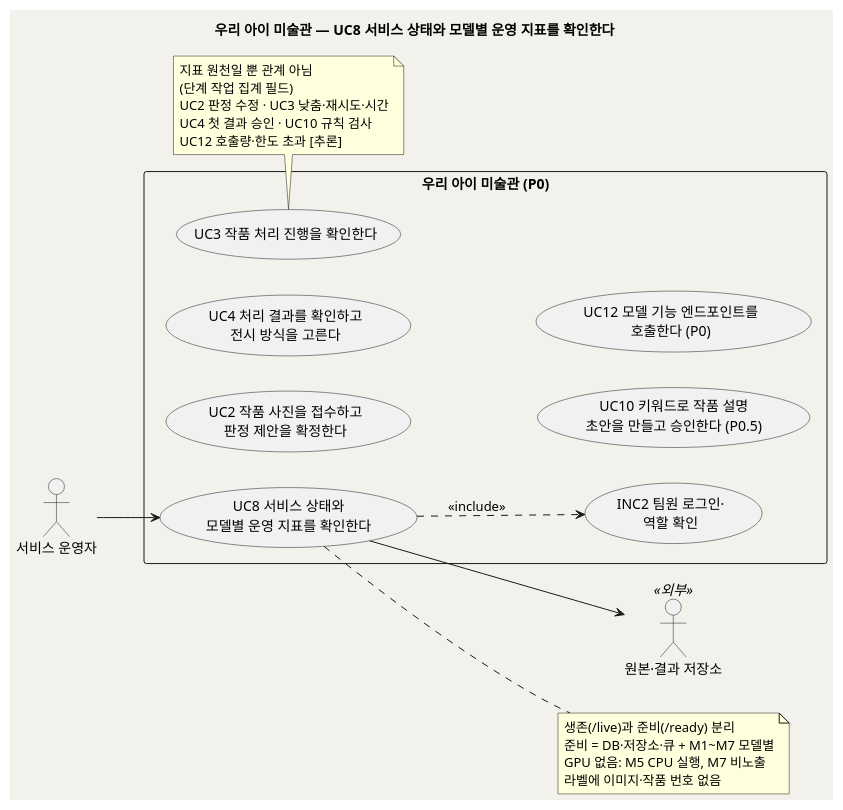
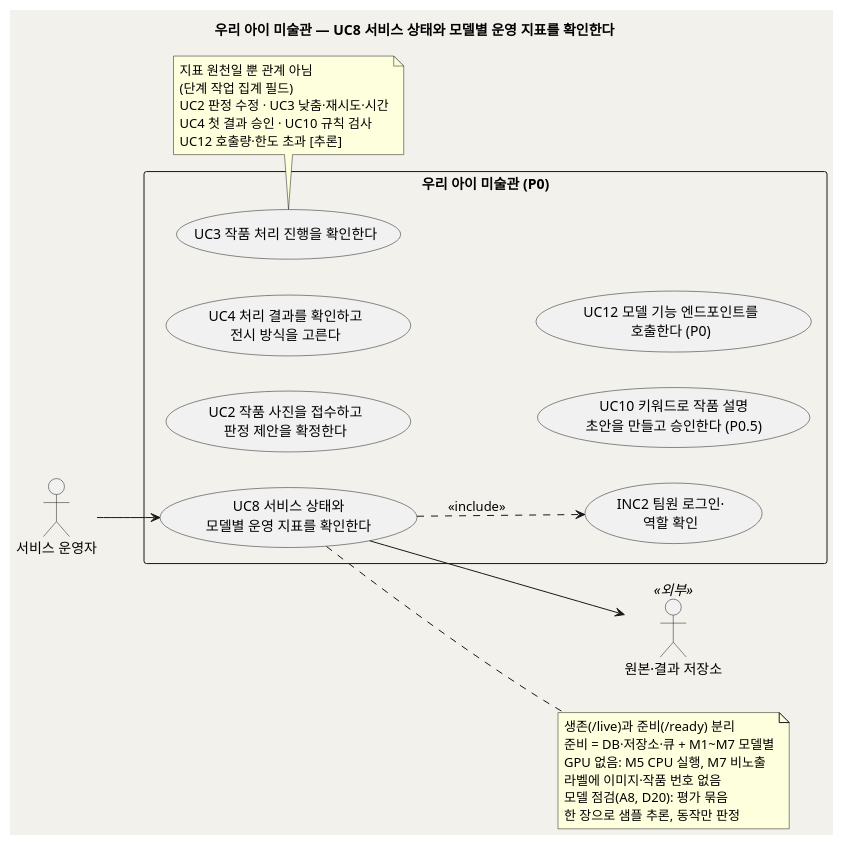
Before and after one commit to kids-gallery/uri-gallery: the first of 2 diagrams in design/UC_08_운영상태지표확인.md, drawn with PlantUML. The commit also changed other lines of this file and 29 other files, not shown here.

````diff
--- a/design/UC_08_운영상태지표확인.md
+++ b/design/UC_08_운영상태지표확인.md
@@ -58,39 +59,41 @@
 ```plantuml
 @startuml uc_our_child_gallery_08
 skinparam backgroundColor #F3F1EB
 skinparam shadowing false
 left to right direction
 title 우리 아이 미술관 — UC8 서비스 상태와 모델별 운영 지표를 확인한다
 
 actor "서비스 운영자" as Ops
 actor "원본·결과 저장소" as Store <<외부>>
 
 rectangle "우리 아이 미술관 (P0)" {
   usecase "UC8 서비스 상태와\n모델별 운영 지표를 확인한다" as UC8
   usecase "INC2 팀원 로그인·\n역할 확인" as INC2
   usecase "UC2 작품 사진을 접수하고\n판정 제안을 확정한다" as UC2
   usecase "UC3 작품 처리 진행을 확인한다" as UC3
   usecase "UC4 처리 결과를 확인하고\n전시 방식을 고른다" as UC4
   usecase "UC10 키워드로 작품 설명\n초안을 만들고 승인한다 (P0.5)" as UC10
   usecase "UC12 모델 기능 엔드포인트를\n호출한다 (P0)" as UC12
 }
 
 Ops --> UC8
 UC8 ..> INC2 : <<include>>
 UC8 --> Store
 
 note right of UC8
   생존(/live)과 준비(/ready) 분리
   준비 = DB·저장소·큐 + M1~M7 모델별
   GPU 없음: M5 CPU 실행, M7 비노출
   라벨에 이미지·작품 번호 없음
+  모델 점검(A8, D20): 평가 묶음
+  한 장으로 샘플 추론, 동작만 판정
 end note
 note bottom of UC3
   지표 원천일 뿐 관계 아님
   (단계 작업 집계 필드)
   UC2 판정 수정 · UC3 낮춤·재시도·시간
   UC4 첫 결과 승인 · UC10 규칙 검사
   UC12 호출량·한도 초과 [추론]
 end note
 @enduml
 ```
````
